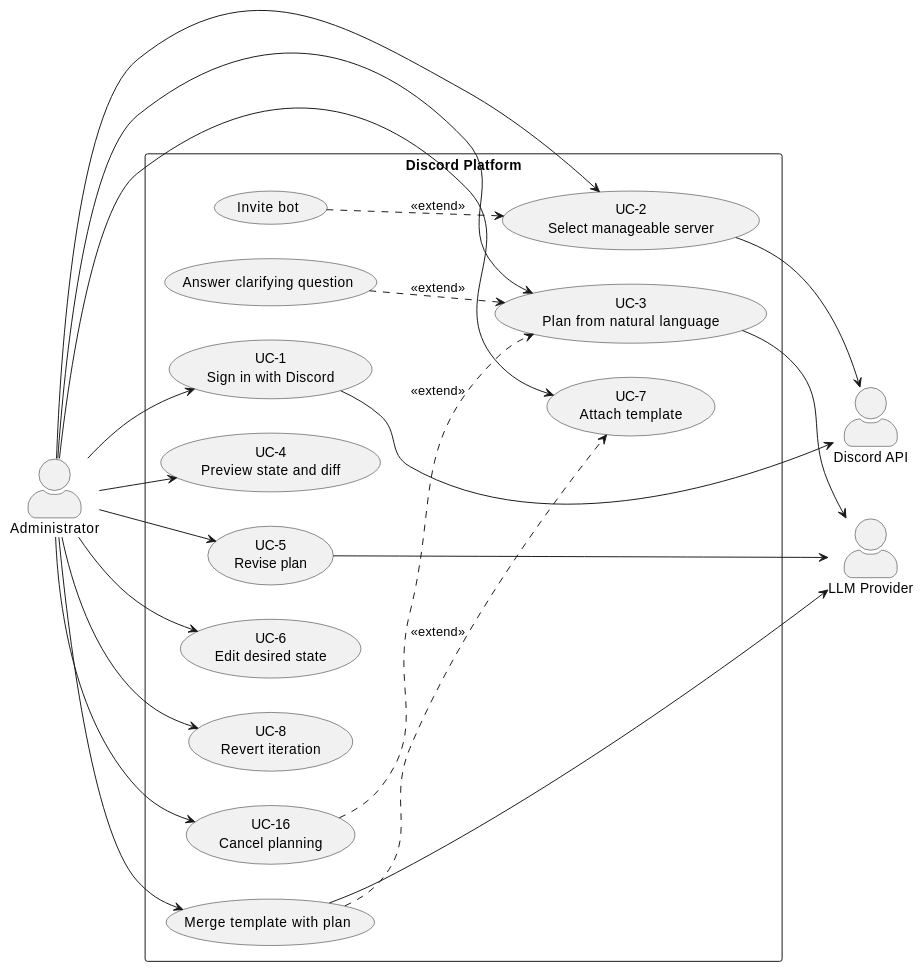
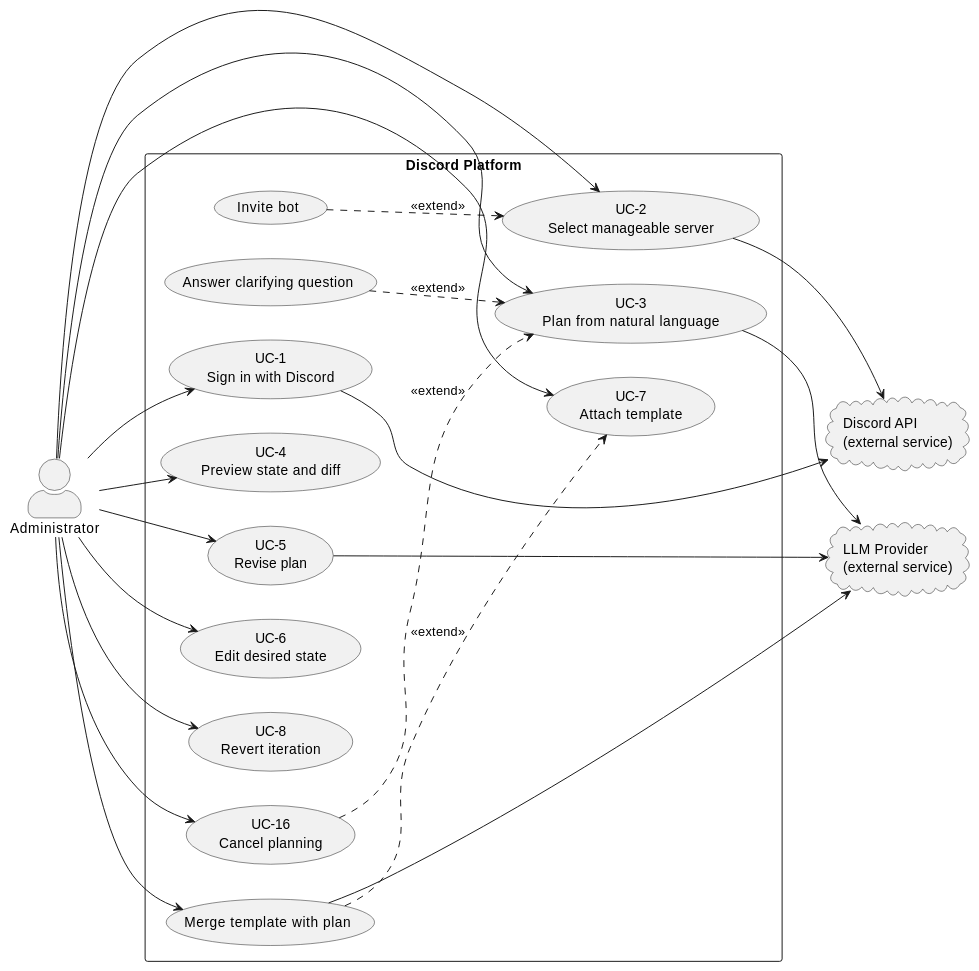
Before and after one commit to segfawlt/finalproject: the first of 3 diagrams in docs/report/03-requirement-analysis.md, drawn with PlantUML. The commit also changed other lines of this file and 53 other files, not shown here.

Commit message:
feat: complete planning flow and project documentation

````diff
--- a/docs/report/03-requirement-analysis.md
+++ b/docs/report/03-requirement-analysis.md
@@ -178,50 +182,50 @@
 ```plantuml
 @startuml
-'| fig-cap: Figure 3.1: Use case diagram — access and planning
+'| fig-cap: Figure 3.1: Use case diagram, access and planning
 left to right direction
 skinparam packageStyle rectangle
 skinparam actorStyle awesome
 skinparam backgroundColor white
 
 actor "Administrator" as Admin
-actor "Discord API" as Discord
-actor "LLM Provider" as LLM
+cloud "Discord API\n(external service)" as Discord
+cloud "LLM Provider\n(external service)" as LLM
 
 rectangle "Discord Platform" {
   usecase "UC-1\nSign in with Discord" as UC1
   usecase "UC-2\nSelect manageable server" as UC2
   usecase "UC-3\nPlan from natural language" as UC3
   usecase "UC-4\nPreview state and diff" as UC4
   usecase "UC-5\nRevise plan" as UC5
   usecase "UC-6\nEdit desired state" as UC6
   usecase "UC-7\nAttach template" as UC7
   usecase "UC-8\nRevert iteration" as UC8
   usecase "UC-16\nCancel planning" as UC16
   usecase "Invite bot" as Invite
   usecase "Answer clarifying question" as Answer
   usecase "Merge template with plan" as Merge
 }
 
 Admin --> UC1
 Admin --> UC2
 Admin --> UC3
 Admin --> UC4
 Admin --> UC5
 Admin --> UC6
 Admin --> UC7
 Admin --> UC8
 Admin --> UC16
 Admin --> Merge
 
 UC1 --> Discord
 UC2 --> Discord
 UC3 --> LLM
 UC5 --> LLM
 Merge --> LLM
 
 Invite ..> UC2 : <<extend>>
 Answer ..> UC3 : <<extend>>
 UC16 ..> UC3 : <<extend>>
 Merge ..> UC7 : <<extend>>
 @enduml
 ```
````
